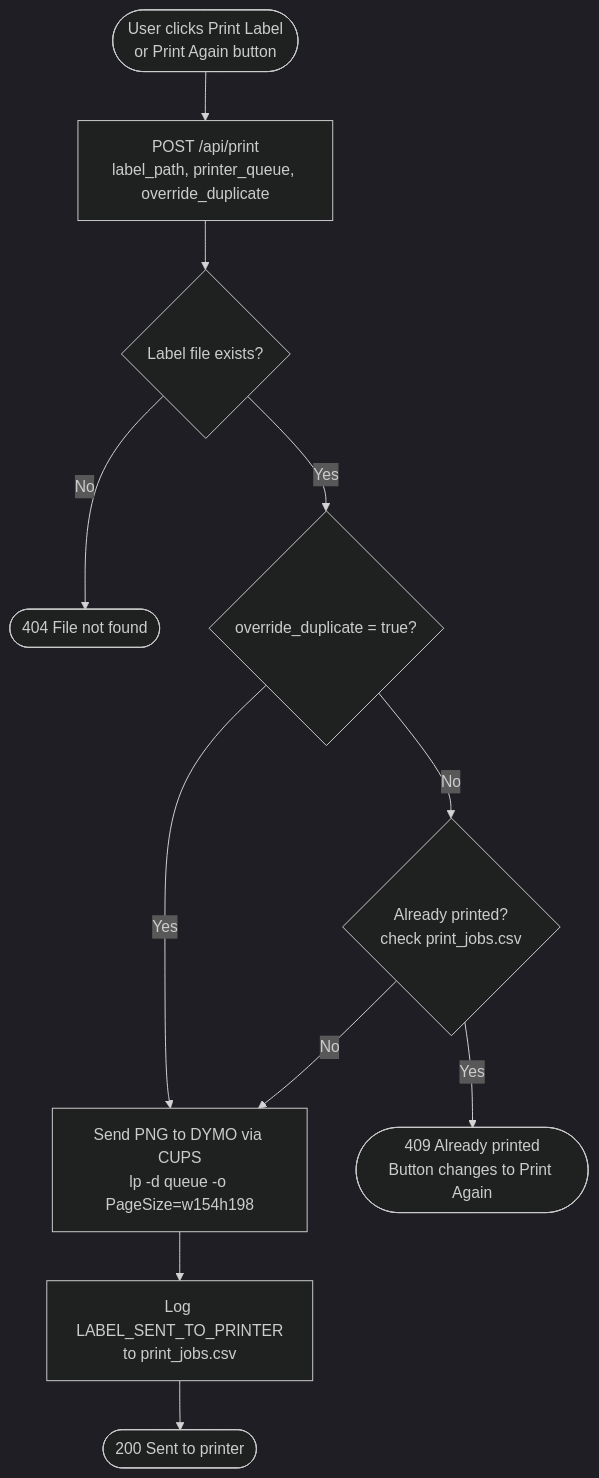
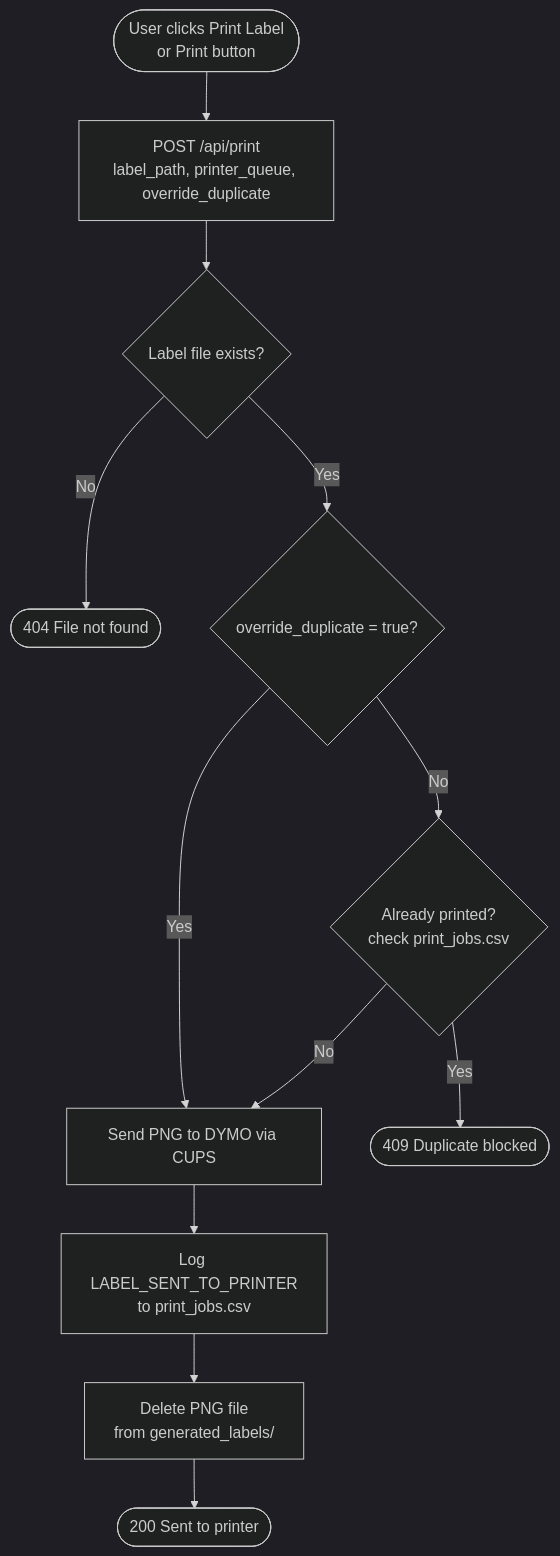
Before and after one commit to neilhoang217/invoice-ocr-agent: the third of 4 diagrams in WORKFLOW.md, drawn with Mermaid (dark theme). The commit also changed other lines of this file and 1 other file, not shown here.

````diff
--- a/WORKFLOW.md
+++ b/WORKFLOW.md
@@ -54,17 +88,18 @@
 ```mermaid
 flowchart TD
-    A([User clicks Print Label\nor Print Again button]) --> B[POST /api/print\nlabel_path, printer_queue, override_duplicate]
+    A([User clicks Print Label\nor Print button]) --> B[POST /api/print\nlabel_path, printer_queue, override_duplicate]
 
     B --> C{Label file exists?}
     C -- No --> ERR1([404 File not found])
     C -- Yes --> D{override_duplicate = true?}
 
-    D -- Yes --> PRINT[Send PNG to DYMO via CUPS\nlp -d queue -o PageSize=w154h198]
+    D -- Yes --> PRINT
     D -- No --> E{Already printed?\ncheck print_jobs.csv}
 
-    E -- Yes --> ERR2([409 Already printed\nButton changes to Print Again])
-    E -- No --> PRINT
+    E -- Yes --> ERR2([409 Duplicate blocked])
+    E -- No --> PRINT[Send PNG to DYMO via CUPS]
 
     PRINT --> F[Log LABEL_SENT_TO_PRINTER\nto print_jobs.csv]
-    F --> OK([200 Sent to printer])
+    F --> G[Delete PNG file\nfrom generated_labels/]
+    G --> OK([200 Sent to printer])
 ```
````
